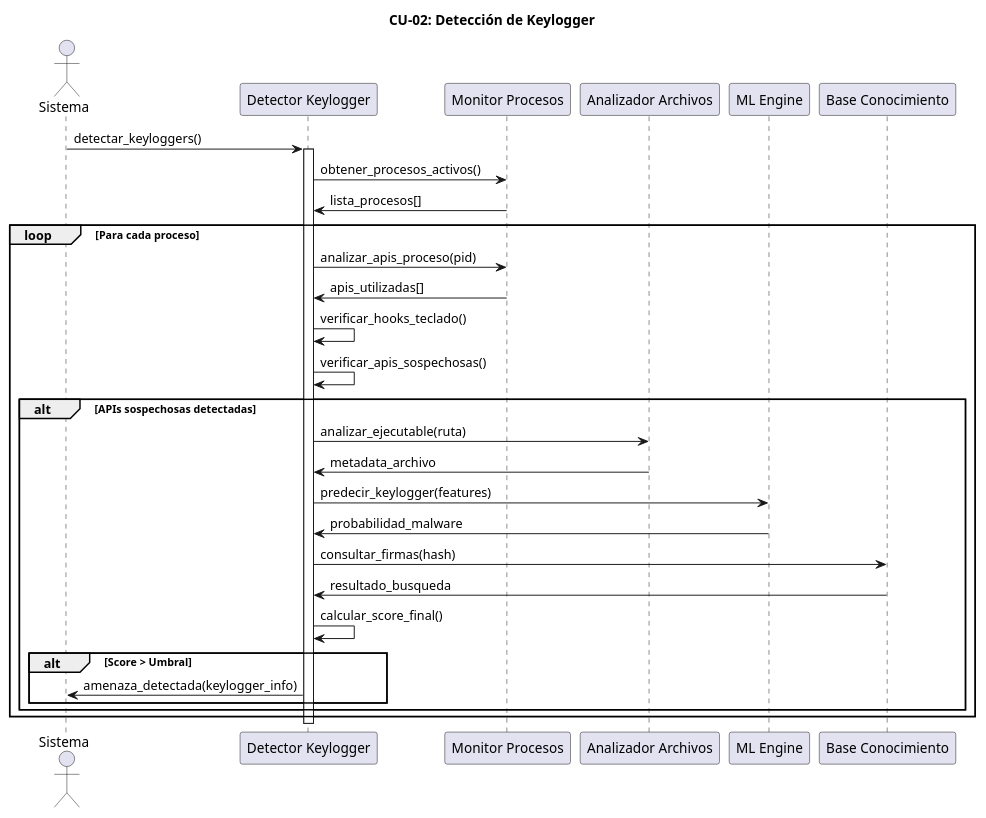
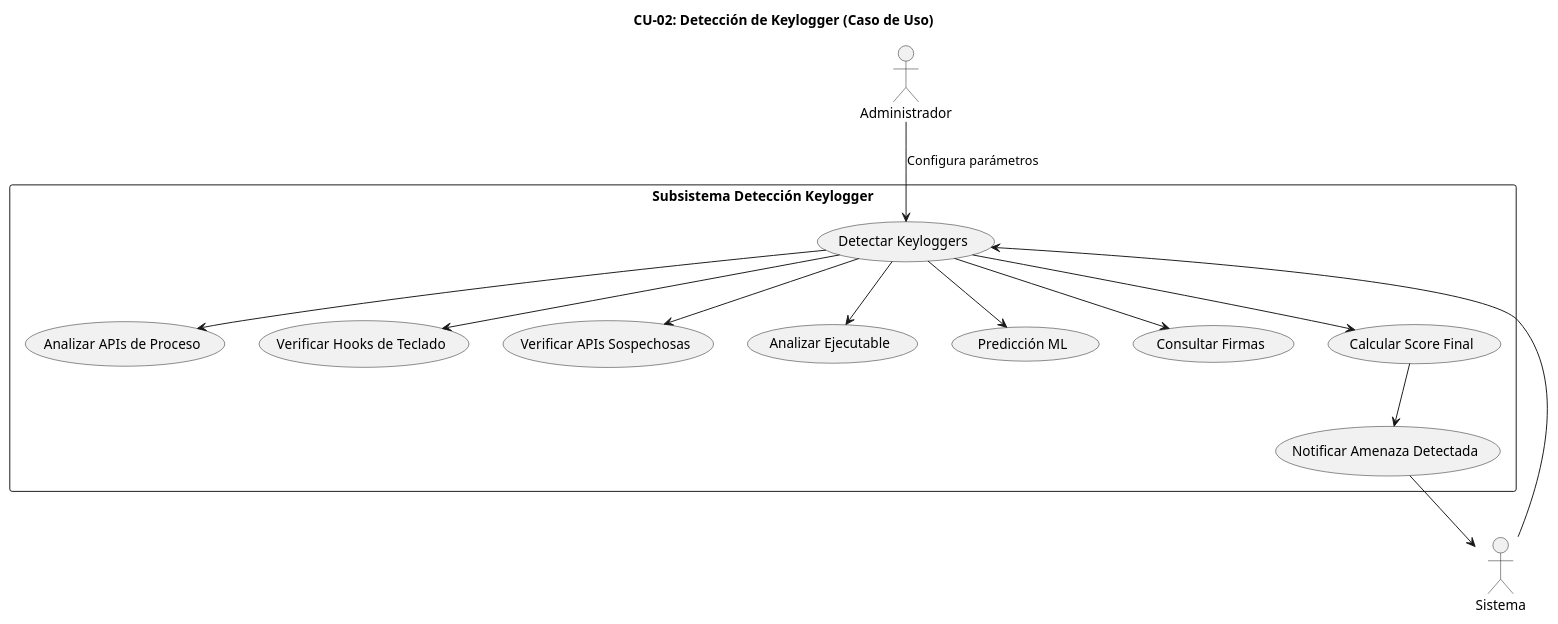
One commit to KrCrimson/ANTIVIRUS_CPP_PROFESSIONAL changed the third of 13 diagrams in UNIFIED_ANTIVIRUS/diagramas/casos_de_uso/diagramas_casos_uso.md. Above: the diagram before and after it, drawn with PlantUML. The commit also changed other lines of this file and 30 other files, not shown here.

Commit message:
diagramas y pruebas estaticas

````diff
--- a/UNIFIED_ANTIVIRUS/diagramas/casos_de_uso/diagramas_casos_uso.md
+++ b/UNIFIED_ANTIVIRUS/diagramas/casos_de_uso/diagramas_casos_uso.md
@@ -128,45 +128,33 @@
 ```plantuml
 @startuml cu02_deteccion_keylogger
-title CU-02: Detección de Keylogger
+title CU-02: Detección de Keylogger (Caso de Uso)
 
 actor "Sistema" as sistema
-participant "Detector Keylogger" as detector
-participant "Monitor Procesos" as procmon
-participant "Analizador Archivos" as fileanalizer
-participant "ML Engine" as ml
-participant "Base Conocimiento" as kb
+actor "Administrador" as admin
 
-sistema -> detector : detectar_keyloggers()
-activate detector
+rectangle "Subsistema Detección Keylogger" {
+  (Detectar Keyloggers) as detectar
+  (Analizar APIs de Proceso) as analizar_apis
+  (Verificar Hooks de Teclado) as hooks
+  (Verificar APIs Sospechosas) as apis_sospechosas
+  (Analizar Ejecutable) as analizar_ejecutable
+  (Predicción ML) as pred_ml
+  (Consultar Firmas) as firmas
+  (Calcular Score Final) as score
+  (Notificar Amenaza Detectada) as notificar
+}
 
-detector -> procmon : obtener_procesos_activos()
-procmon -> detector : lista_procesos[]
+sistema --> detectar
+detectar --> analizar_apis
+detectar --> hooks
+detectar --> apis_sospechosas
+detectar --> analizar_ejecutable
+detectar --> pred_ml
+detectar --> firmas
+detectar --> score
+score --> notificar
+notificar --> sistema
+admin --> detectar : Configura parámetros
 
-loop Para cada proceso
-    detector -> procmon : analizar_apis_proceso(pid)
-    procmon -> detector : apis_utilizadas[]
-    
-    detector -> detector : verificar_hooks_teclado()
-    detector -> detector : verificar_apis_sospechosas()
-    
-    alt APIs sospechosas detectadas
-        detector -> fileanalizer : analizar_ejecutable(ruta)
-        fileanalizer -> detector : metadata_archivo
-        
-        detector -> ml : predecir_keylogger(features)
-        ml -> detector : probabilidad_malware
-        
-        detector -> kb : consultar_firmas(hash)
-        kb -> detector : resultado_busqueda
-        
-        detector -> detector : calcular_score_final()
-        
-        alt Score > Umbral
-            detector -> sistema : amenaza_detectada(keylogger_info)
-        end
-    end
-end
-
-deactivate detector
 @enduml
 ```
````
